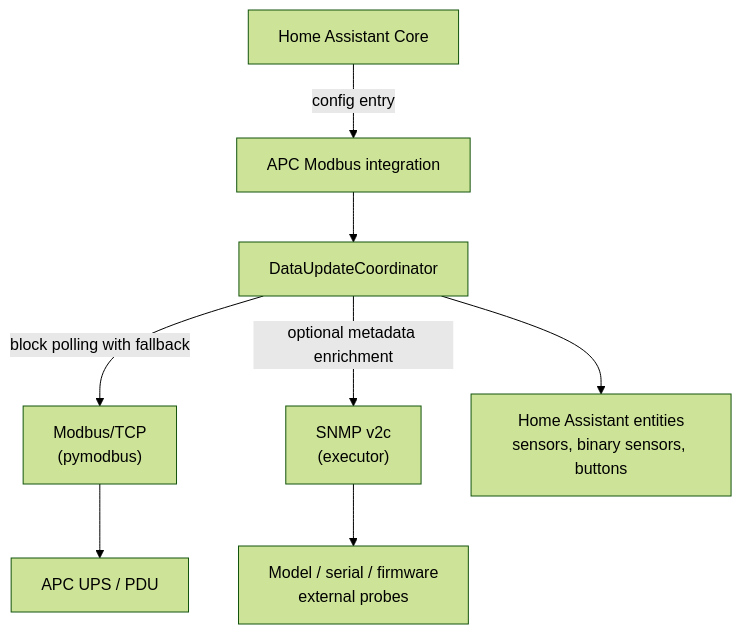
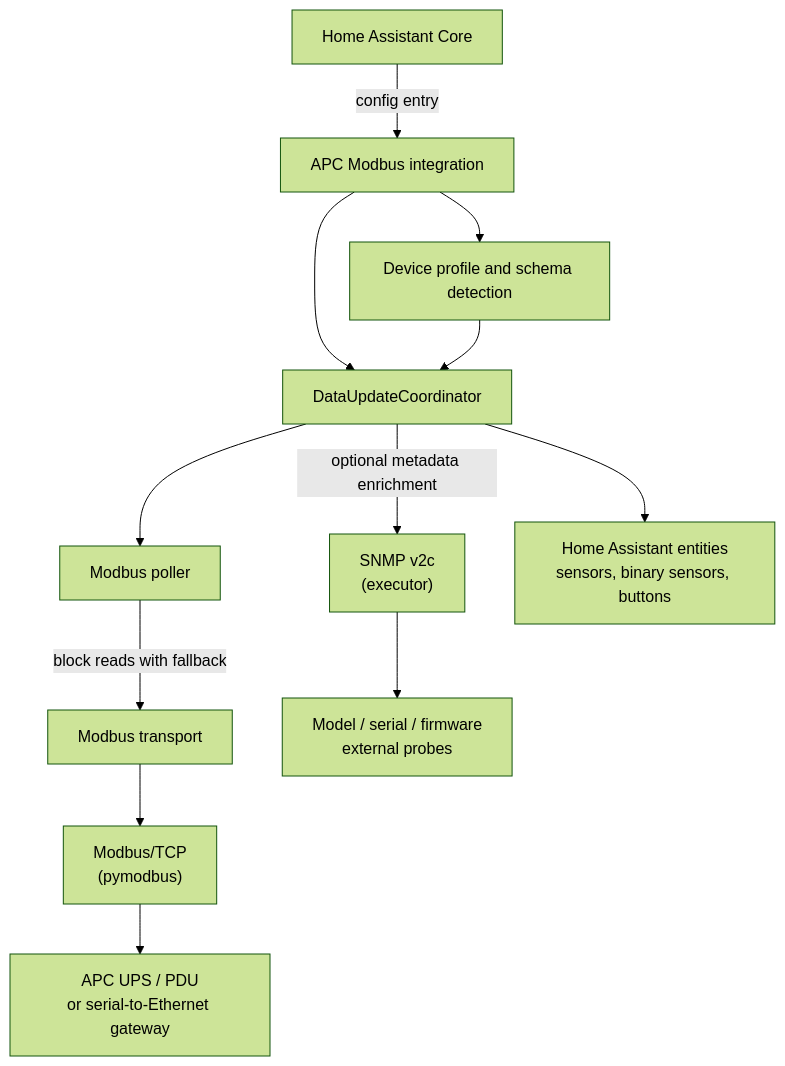
Before and after one commit to aburow/apc-modbus-snmp-ha: the diagram in README.md, drawn with Mermaid (forest theme).

Commit message:
Document read-only architecture

````diff
--- a/README.md
+++ b/README.md
@@ -98,11 +98,14 @@
 ```mermaid
 graph TD
   HA[Home Assistant Core] -->|config entry| INTEGRATION[APC Modbus integration]
+  INTEGRATION --> PROFILE[Device profile and schema detection]
   INTEGRATION --> COORD[DataUpdateCoordinator]
-  COORD -->|block polling with fallback| MODBUS["Modbus/TCP<br/>(pymodbus)"]
-  MODBUS --> DEVICE["APC UPS / PDU"]
+  PROFILE --> COORD
+  COORD --> POLLER[Modbus poller]
+  POLLER -->|block reads with fallback| TRANSPORT[Modbus transport]
+  TRANSPORT --> MODBUS["Modbus/TCP<br/>(pymodbus)"]
+  MODBUS --> DEVICE["APC UPS / PDU<br/>or serial-to-Ethernet gateway"]
   COORD -->|optional metadata enrichment| SNMP["SNMP v2c<br/>(executor)"]
   SNMP --> META["Model / serial / firmware<br/>external probes"]
   COORD --> ENT["Home Assistant entities<br/>sensors, binary sensors, buttons"]
-
 ```
````
